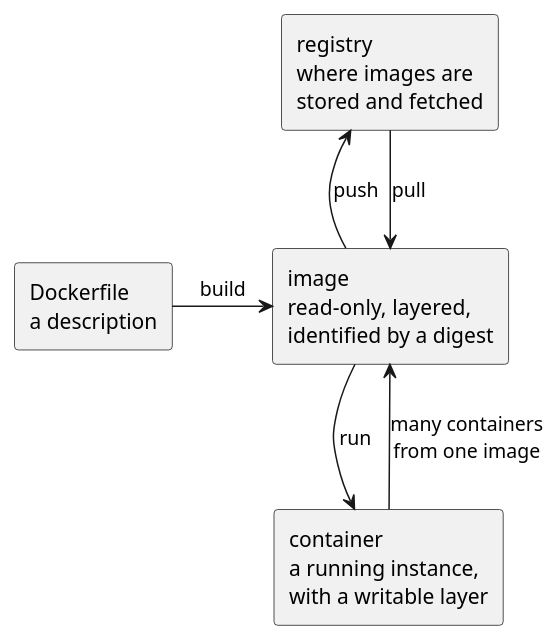
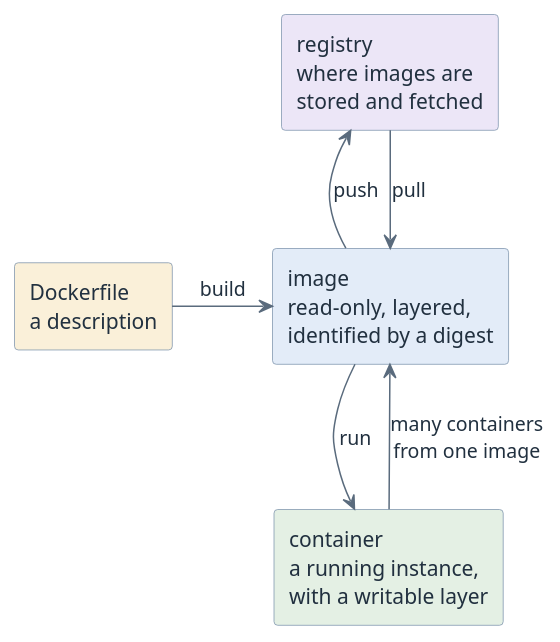
Before and after one commit to htl-leonding-college/curriculum-syp3: the first of 2 diagrams in modules/docker-basics/index.adoc, drawn with PlantUML. The commit also changed other lines of this file and 65 other files, not shown here.

First line of the commit message:
feat(site): give the diagrams a semantic pastel palette

```diff
--- a/modules/docker-basics/index.adoc
+++ b/modules/docker-basics/index.adoc
@@ -59,19 +59,21 @@
 [plantuml,image-container-registry,svg]
 ----
 @startuml
-skinparam monochrome true
+<style>
+element { BackgroundColor #EDF3FA; LineColor #7C93AD; FontColor #21303F }
+arrow { LineColor #5A6B7D; FontColor #21303F }
+</style>
 skinparam shadowing false
 skinparam defaultFontName Helvetica
 
-rectangle "Dockerfile\na description" as D
-rectangle "image\nread-only, layered,\nidentified by a digest" as I
-rectangle "container\na running instance,\nwith a writable layer" as C
-rectangle "registry\nwhere images are\nstored and fetched" as R
-
+rectangle "Dockerfile\na description" as D #FAF0D9
+rectangle "image\nread-only, layered,\nidentified by a digest" as I #E3ECF8
+rectangle "container\na running instance,\nwith a writable layer" as C #E4F0E4
+rectangle "registry\nwhere images are\nstored and fetched" as R #ECE6F7
 D -right-> I : "build"
 I -right-> C : "run"
 I -up-> R : "push"
 R -down-> I : "pull"
 C -down-> I : "many containers\nfrom one image"
 @enduml
 ----
```
